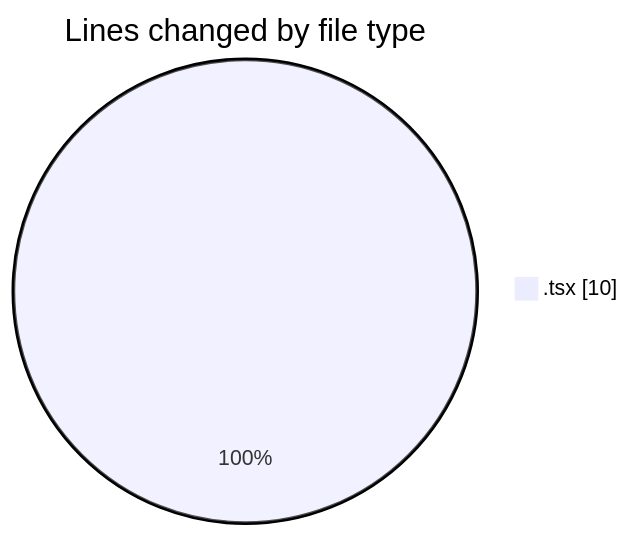
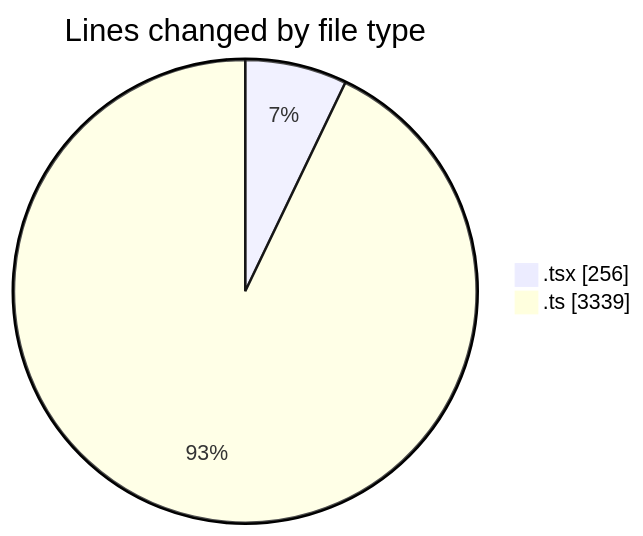
One commit to momahboobian/code-tracking changed the first of 2 diagrams in 2025-09-17/cda/README.md. Above: the diagram before and after it, drawn with Mermaid. The commit also changed other lines of this file and 1 other file, not shown here.

````diff
--- a/2025-09-17/cda/README.md
+++ b/2025-09-17/cda/README.md
@@ -20,5 +22,6 @@
 ```mermaid
 pie showData
 title Lines changed by file type
-".tsx" : 10
+".tsx" : 256
+".ts" : 3339
 ```
````
